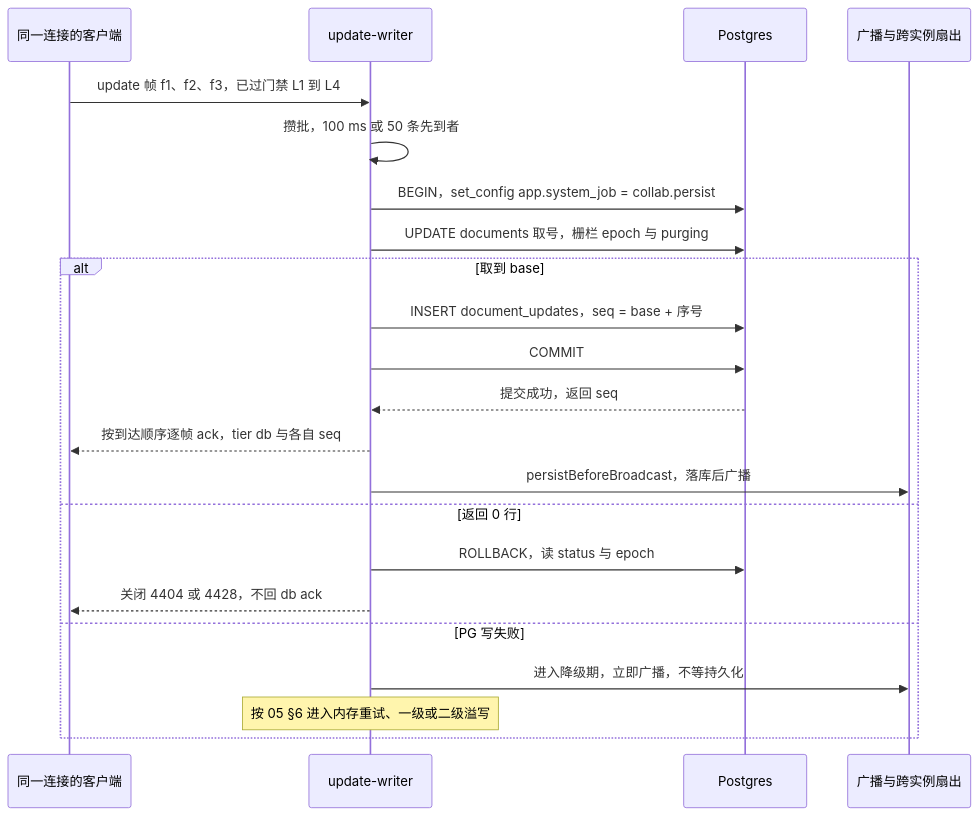
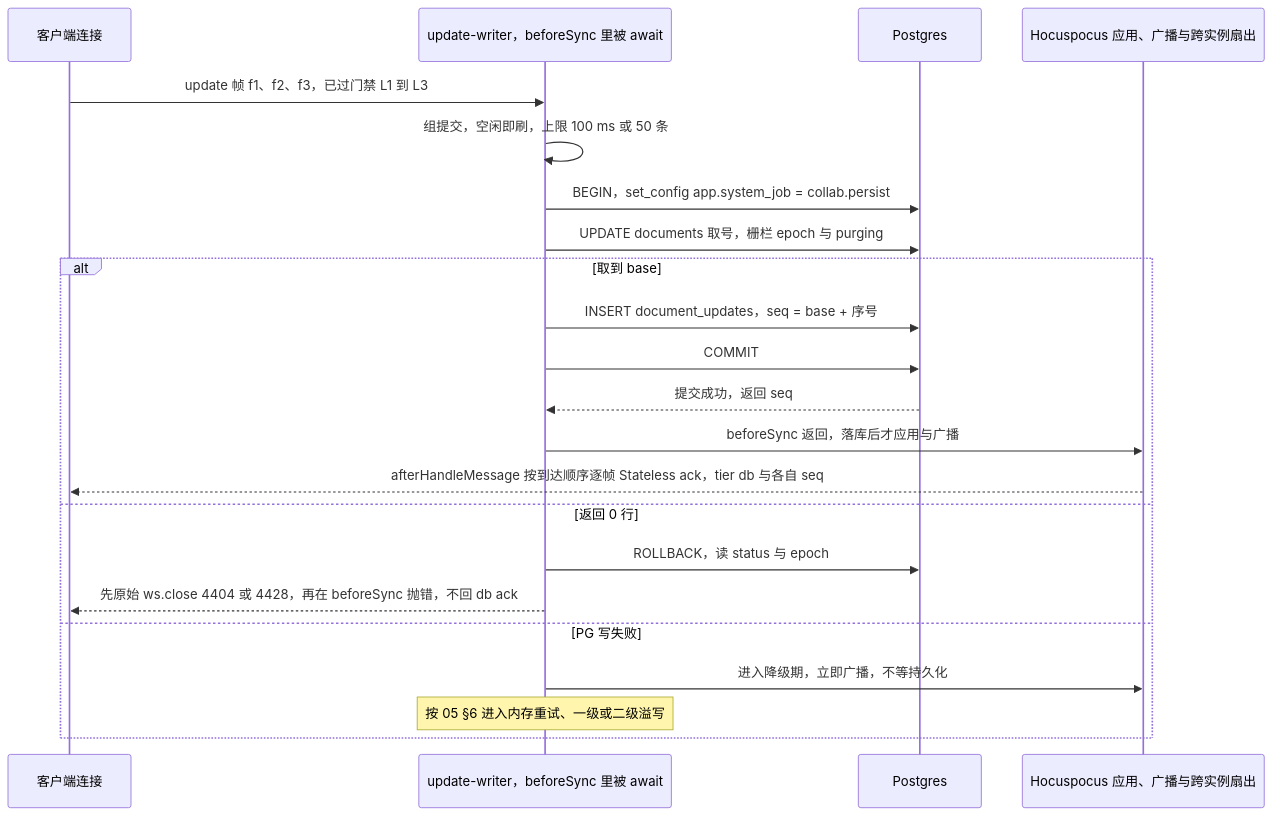
The second of 5 diagrams in docs/60-backend/11-ddl-collab-updates-and-snapshots.md (Xeonice/cordis-ppt-editor), drawn with Mermaid before and after one commit. The commit also changed other lines of this file and 19 other files, not shown here.

````diff
--- a/docs/60-backend/11-ddl-collab-updates-and-snapshots.md
+++ b/docs/60-backend/11-ddl-collab-updates-and-snapshots.md
@@ -294,24 +295,24 @@
 ```mermaid
 sequenceDiagram
-  participant C as 同一连接的客户端
-  participant W as update-writer
+  participant C as 客户端连接
+  participant W as update-writer，beforeSync 里被 await
   participant PG as Postgres
-  participant B as 广播与跨实例扇出
-  C->>W: update 帧 f1、f2、f3，已过门禁 L1 到 L4
-  W->>W: 攒批，100 ms 或 50 条先到者
+  participant B as Hocuspocus 应用、广播与跨实例扇出
+  C->>W: update 帧 f1、f2、f3，已过门禁 L1 到 L3
+  W->>W: 组提交，空闲即刷，上限 100 ms 或 50 条
   W->>PG: BEGIN，set_config app.system_job = collab.persist
   W->>PG: UPDATE documents 取号，栅栏 epoch 与 purging
   alt 取到 base
     W->>PG: INSERT document_updates，seq = base + 序号
     W->>PG: COMMIT
     PG-->>W: 提交成功，返回 seq
-    W-->>C: 按到达顺序逐帧 ack，tier db 与各自 seq
-    W->>B: persistBeforeBroadcast，落库后广播
+    W->>B: beforeSync 返回，落库后才应用与广播
+    B-->>C: afterHandleMessage 按到达顺序逐帧 Stateless ack，tier db 与各自 seq
   else 返回 0 行
     W->>PG: ROLLBACK，读 status 与 epoch
-    W-->>C: 关闭 4404 或 4428，不回 db ack
+    W-->>C: 先原始 ws.close 4404 或 4428，再在 beforeSync 抛错，不回 db ack
   else PG 写失败
     W->>B: 进入降级期，立即广播，不等持久化
     Note over W: 按 05 §6 进入内存重试、一级或二级溢写
   end
 ```
````
